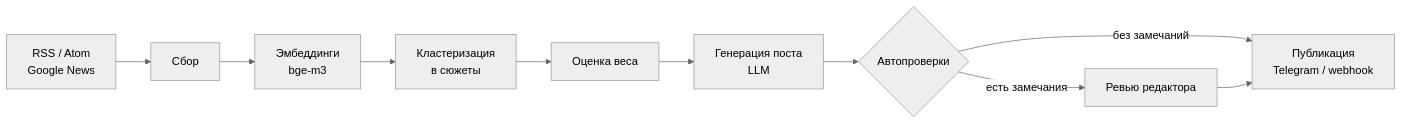
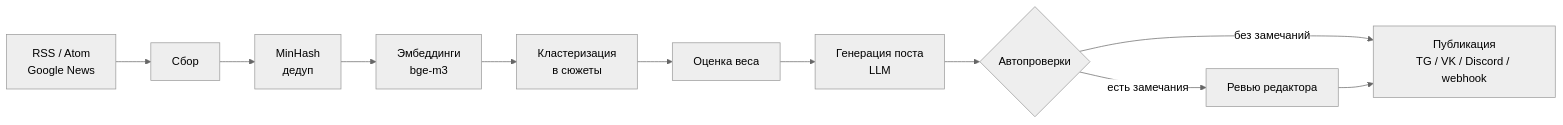
The first of 2 diagrams in README.md (marienbaum77/pulse), drawn with Mermaid (neutral theme) before and after one commit. The commit also changed other lines of this file and 51 other files, not shown here.

````diff
--- a/README.md
+++ b/README.md
@@ -36,12 +37,13 @@
 ```mermaid
 flowchart LR
     A[RSS / Atom<br/>Google News] --> B[Сбор]
-    B --> C[Эмбеддинги<br/>bge-m3]
+    B --> MH[MinHash<br/>дедуп]
+    MH --> C[Эмбеддинги<br/>bge-m3]
     C --> D[Кластеризация<br/>в сюжеты]
     D --> E[Оценка веса]
     E --> F[Генерация поста<br/>LLM]
     F --> G{Автопроверки}
-    G -- без замечаний --> H[Публикация<br/>Telegram / webhook]
+    G -- без замечаний --> H[Публикация<br/>TG / VK / Discord / webhook]
     G -- есть замечания --> I[Ревью редактора]
     I --> H
 ```
````
